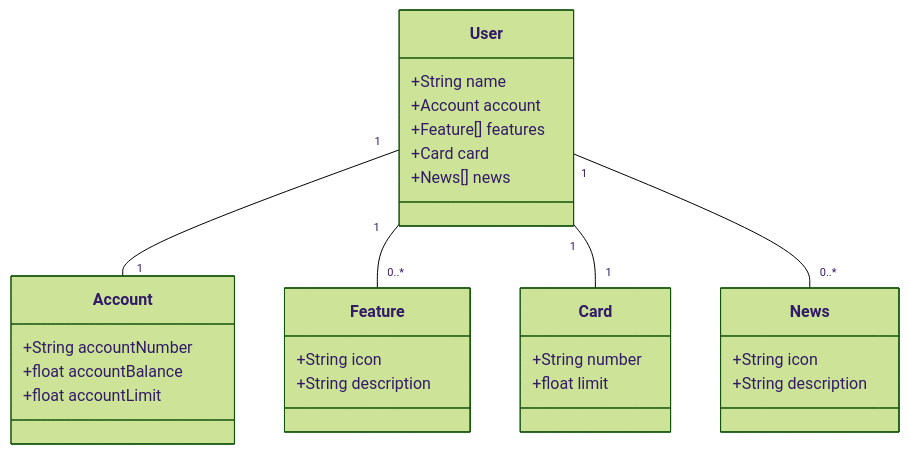
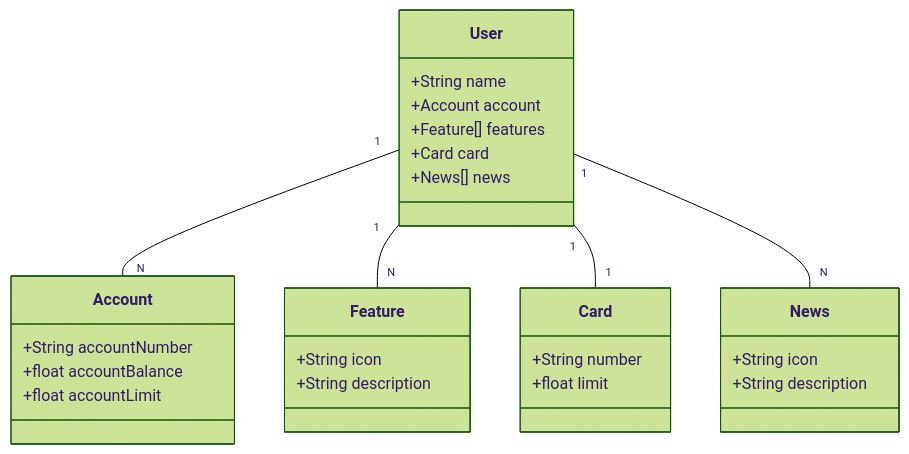
One commit to FLCordis/flcordis-santander-devweek changed the diagram in README.md. Above: the diagram before and after it, drawn with Mermaid (forest theme).

Commit message:
UPDATE: README.md

````diff
--- a/README.md
+++ b/README.md
@@ -6,36 +6,36 @@
 ```mermaid
 classDiagram
     class User {
         +String name
         +Account account
         +Feature[] features
         +Card card
         +News[] news
     }
 
     class Account {
         +String accountNumber
         +float accountBalance
         +float accountLimit
     }
 
     class Feature {
         +String icon
         +String description
     }
 
     class Card {
         +String number
         +float limit
     }
 
     class News {
         +String icon
         +String description
     }
 
-    User "1" -- "1" Account
-    User "1" -- "0..*" Feature
+    User "1" -- "N" Account
+    User "1" -- "N" Feature
     User "1" -- "1" Card
-    User "1" -- "0..*" News
+    User "1" -- "N" News
 ```
````
